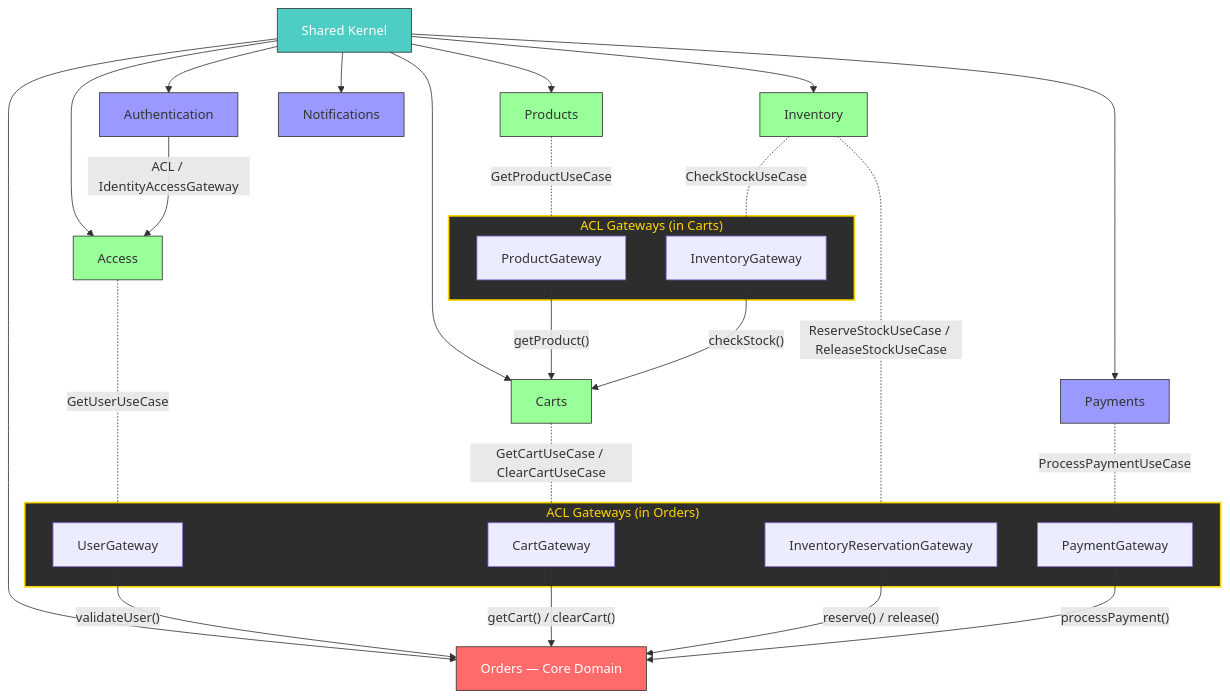
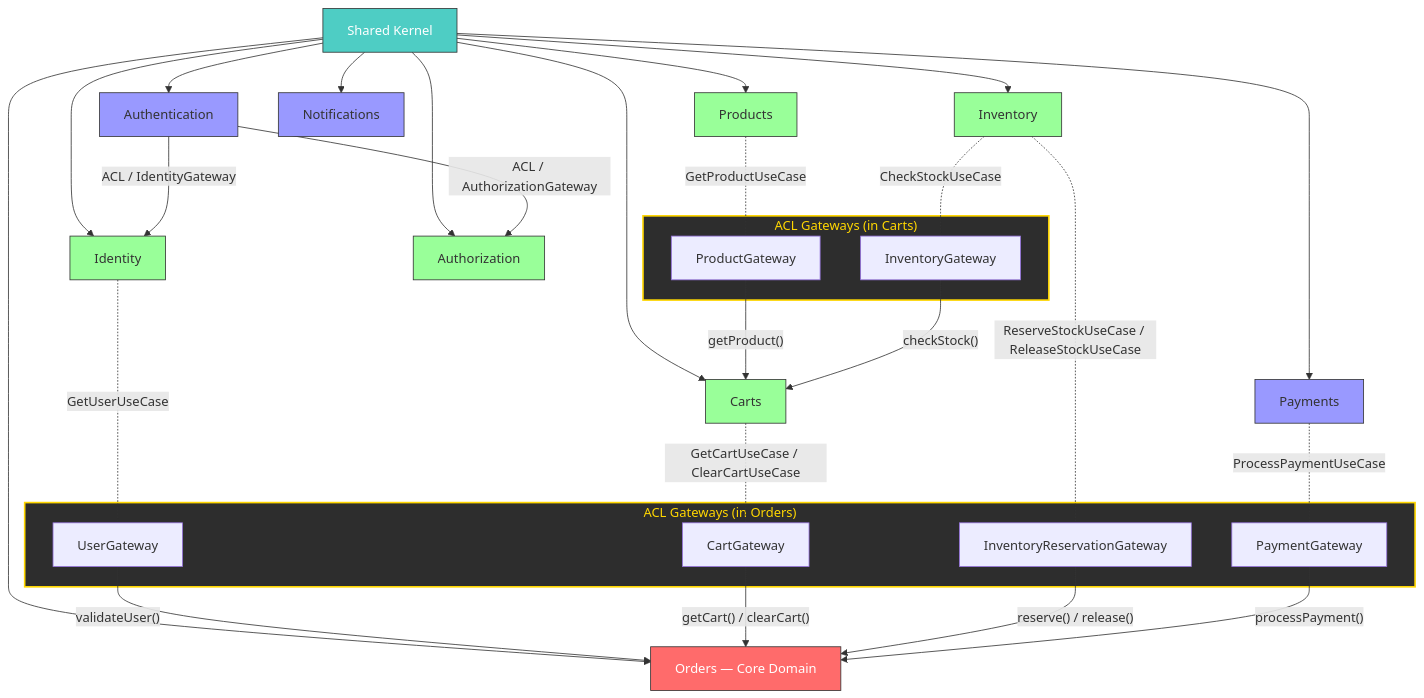
Before and after one commit to raouf-b-dev/ecommerce-store-api: the diagram in docs/architecture/DDD-HEXAGONAL.md, drawn with Mermaid. The commit also changed other lines of this file and 169 other files, not shown here.

First line of the commit message:
ES-138: Refactor Access Module to Identity and Authorization Modules

````diff
--- a/docs/architecture/DDD-HEXAGONAL.md
+++ b/docs/architecture/DDD-HEXAGONAL.md
@@ -150,52 +150,54 @@
 ```mermaid
 graph TD
     SK[Shared Kernel] --> O[Orders — Core Domain]
     SK --> C[Carts]
     SK --> I[Inventory]
     SK --> P[Products]
-    SK --> Cu[Access]
+    SK --> Id[Identity]
+    SK --> Az[Authorization]
     SK --> Pa[Payments]
     SK --> Au[Authentication]
     SK --> N[Notifications]
 
     subgraph ACL_Orders["ACL Gateways (in Orders)"]
         CuGW["UserGateway"]
         CaGW["CartGateway"]
         IGW["InventoryReservationGateway"]
         PaGW["PaymentGateway"]
     end
 
-    Cu -.-|"GetUserUseCase"| CuGW
+    Id -.-|"GetUserUseCase"| CuGW
     C -.-|"GetCartUseCase / ClearCartUseCase"| CaGW
     I -.-|"ReserveStockUseCase / ReleaseStockUseCase"| IGW
     Pa -.-|"ProcessPaymentUseCase"| PaGW
 
     CuGW -->|"validateUser()"| O
     CaGW -->|"getCart() / clearCart()"| O
     IGW -->|"reserve() / release()"| O
     PaGW -->|"processPayment()"| O
 
     subgraph ACL_Carts["ACL Gateways (in Carts)"]
         PrGW["ProductGateway"]
         IGW2["InventoryGateway"]
     end
 
     P -.-|"GetProductUseCase"| PrGW
     I -.-|"CheckStockUseCase"| IGW2
 
     PrGW -->|"getProduct()"| C
     IGW2 -->|"checkStock()"| C
 
-    Au -->|"ACL / IdentityAccessGateway"| Cu
+    Au -->|"ACL / IdentityGateway"| Id
+    Au -->|"ACL / AuthorizationGateway"| Az
 
     style O fill:#ff6b6b,stroke:#333,color:#fff
     style SK fill:#4ecdc4,stroke:#333,color:#fff
     style ACL_Orders fill:#2d2d2d,stroke:#ffd700,color:#ffd700,stroke-width:2px
     style ACL_Carts fill:#2d2d2d,stroke:#ffd700,color:#ffd700,stroke-width:2px
 
     classDef support fill:#99ff99,stroke:#333,stroke-width:1px;
     classDef generic fill:#9999ff,stroke:#333,stroke-width:1px;
 
-    class I,P,C,Cu support;
+    class I,P,C,Id,Az support;
     class Pa,Au,N generic;
 ```
````
